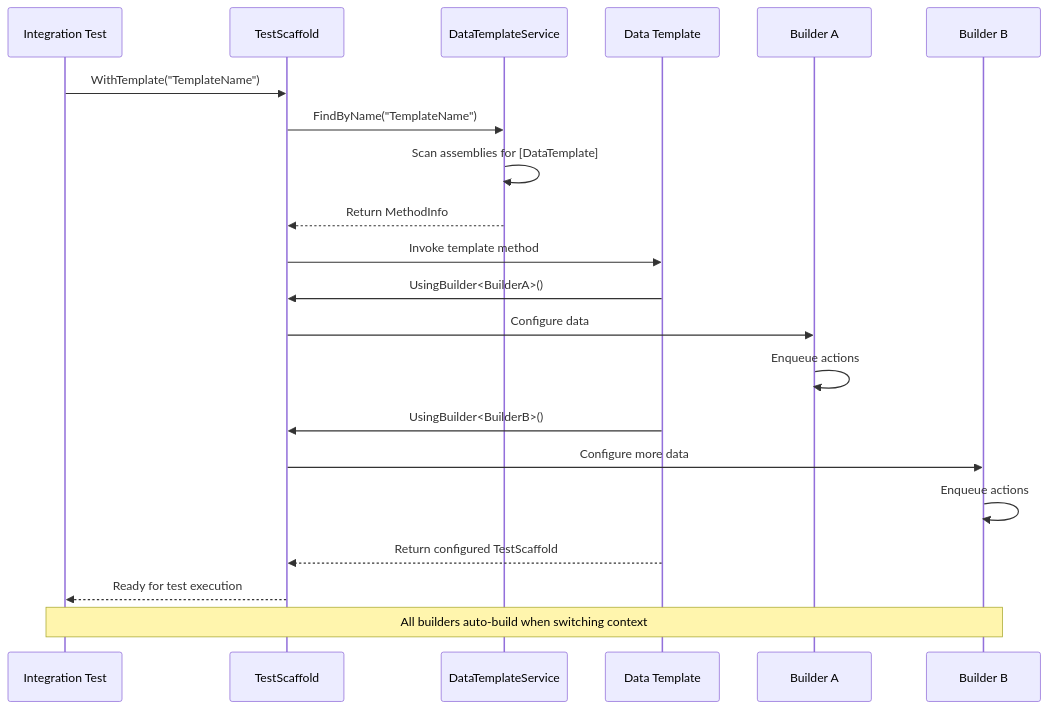
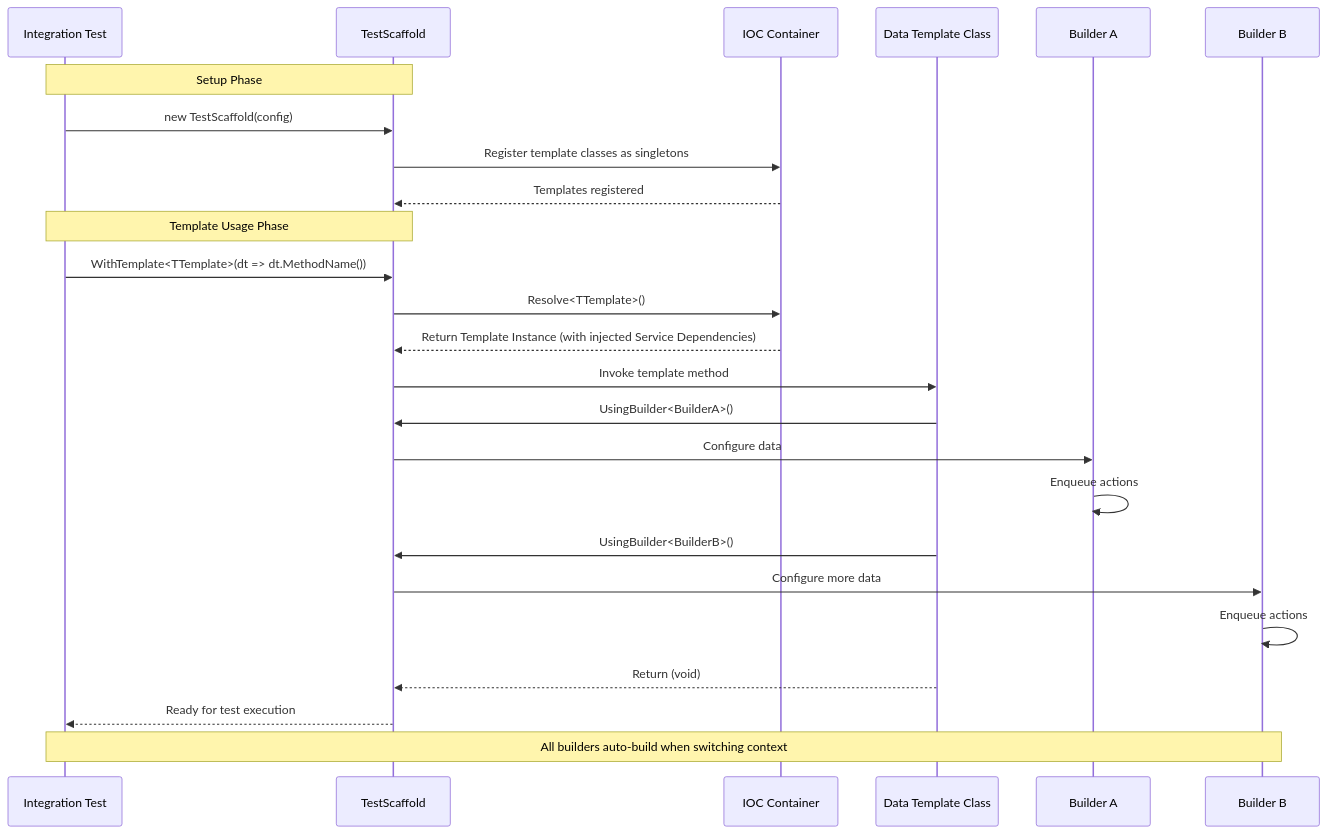
One commit to rburnham52/fluent-test-scaffold changed the diagram in docs/data-templates/README.md. Above: the diagram before and after it, drawn with Mermaid. The commit also changed other lines of this file and 80 other files, not shown here.

First line of the commit message:
Refactor data templates (#21)

````diff
--- a/docs/data-templates/README.md
+++ b/docs/data-templates/README.md
@@ -8,23 +16,30 @@
 ```mermaid
 sequenceDiagram
     participant Test as Integration Test
     participant TS as TestScaffold
-    participant DTS as DataTemplateService
-    participant DT as Data Template
+    participant IOC as IOC Container
+    participant DT as Data Template Class
     participant B1 as Builder A
     participant B2 as Builder B
-    Test->>TS: WithTemplate("TemplateName")
-    TS->>DTS: FindByName("TemplateName")
-    DTS->>DTS: Scan assemblies for [DataTemplate]
-    DTS-->>TS: Return MethodInfo
+    
+    Note over Test,TS: Setup Phase
+    Test->>TS: new TestScaffold(config)
+    TS->>IOC: Register template classes as singletons
+    IOC-->>TS: Templates registered
+    
+    Note over Test,TS: Template Usage Phase
+    Test->>TS: WithTemplate<TTemplate>(dt => dt.MethodName())
+    TS->>IOC: Resolve<TTemplate>()
+    IOC-->>TS: Return Template Instance (with injected Service Dependencies)
     TS->>DT: Invoke template method
     DT->>TS: UsingBuilder<BuilderA>()
     TS->>B1: Configure data
     B1->>B1: Enqueue actions
     DT->>TS: UsingBuilder<BuilderB>()
     TS->>B2: Configure more data
     B2->>B2: Enqueue actions
-    DT-->>TS: Return configured TestScaffold
+    DT-->>TS: Return (void)
     TS-->>Test: Ready for test execution
+    
     Note over Test,B2: All builders auto-build when switching context
 ```
````
